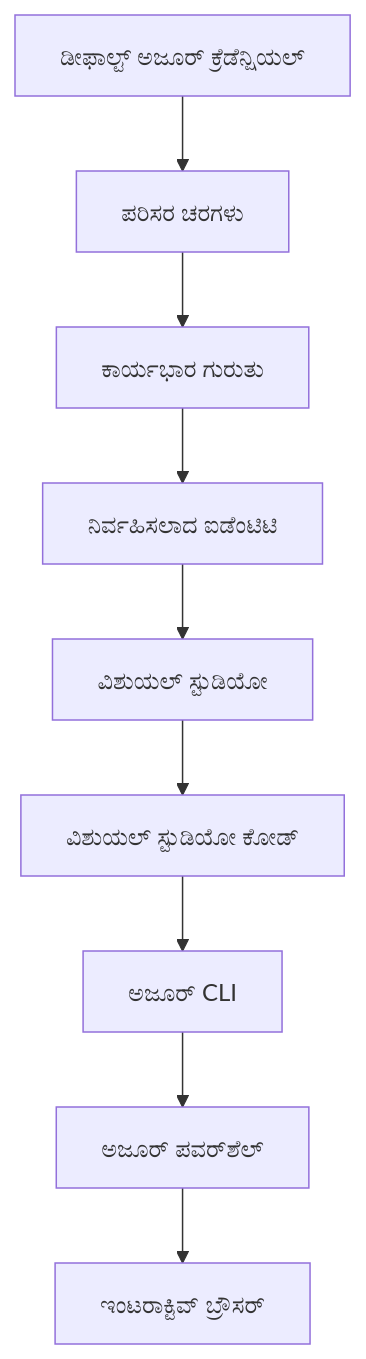
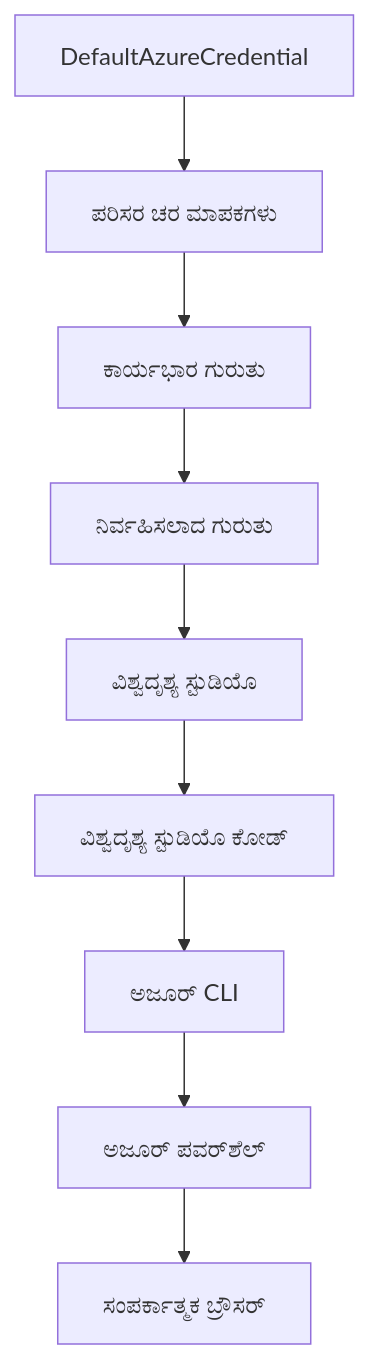
Before and after one commit to microsoft/AZD-for-beginners: the second of 2 diagrams in translations/kn/docs/chapter-01-foundation/azd-basics.md, drawn with Mermaid. The commit also changed other lines of this file and 101 other files, not shown here.

````diff
--- a/translations/kn/docs/chapter-01-foundation/azd-basics.md
+++ b/translations/kn/docs/chapter-01-foundation/azd-basics.md
@@ -591,11 +591,11 @@
 ```mermaid
 graph TD
-    A[ಡೀಫಾಲ್ಟ್ ಅಜೂರ್ ಕ್ರೆಡೆನ್ಷಿಯಲ್] --> B[ಪರಿಸರ ಚರಗಳು]
+    A[DefaultAzureCredential] --> B[ಪರಿಸರ ಚರ ಮಾಪಕಗಳು]
     B --> C[ಕಾರ್ಯಭಾರ ಗುರುತು]
-    C --> D[ನಿರ್ವಹಿಸಲಾದ ಐಡೆಂಟಿಟಿ]
-    D --> E[ವಿಶುಯಲ್ ಸ್ಟುಡಿಯೋ]
-    E --> F[ವಿಶುಯಲ್ ಸ್ಟುಡಿಯೋ ಕೋಡ್]
+    C --> D[ನಿರ್ವಹಿಸಲಾದ ಗುರುತು]
+    D --> E[ವಿಶ್ವದೃಶ್ಯ ಸ್ಟುಡಿಯೊ]
+    E --> F[ವಿಶ್ವದೃಶ್ಯ ಸ್ಟುಡಿಯೊ ಕೋಡ್]
     F --> G[ಅಜೂರ್ CLI]
     G --> H[ಅಜೂರ್ ಪವರ್‌ಶೆಲ್]
-    H --> I[ಇಂಟರಾಕ್ಟಿವ್ ಬ್ರೌಸರ್]
+    H --> I[ಸಂಪರ್ಕಾತ್ಮಕ ಬ್ರೌಸರ್]
 ```
````
